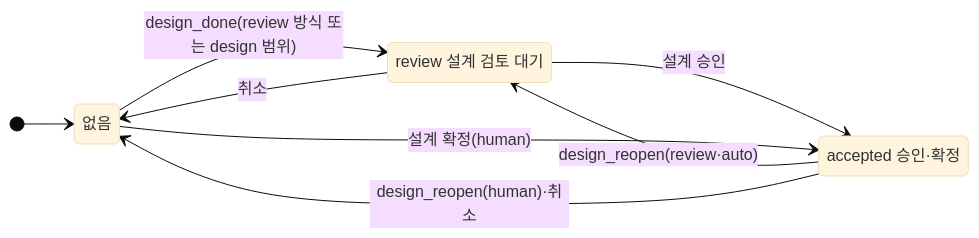
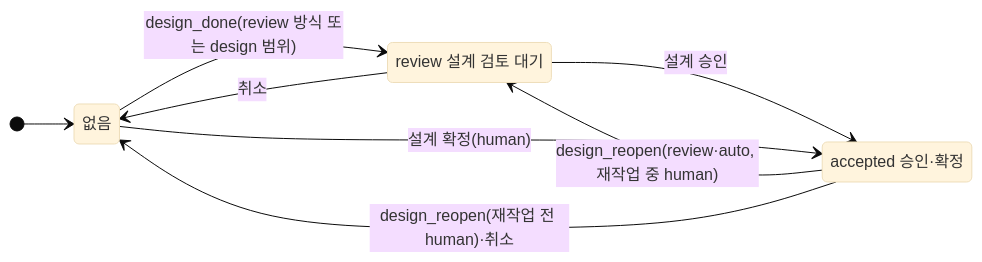
One commit to donseok/wbs-web changed the third of 3 diagrams in docs/superpowers/specs/2026-09-26-design-state-dev-auto-design.md. Above: the diagram before and after it, drawn with Mermaid (base theme). The commit also changed other lines of this file, not shown here.

````diff
--- a/docs/superpowers/specs/2026-09-26-design-state-dev-auto-design.md
+++ b/docs/superpowers/specs/2026-09-26-design-state-dev-auto-design.md
@@ -158,14 +163,14 @@
 ```mermaid
 stateDiagram-v2
     direction LR
     none: 없음
     review: review 설계 검토 대기
     accepted: accepted 승인·확정
     [*] --> none
     none --> review: design_done(review 방식 또는 design 범위)
     review --> accepted: 설계 승인
     none --> accepted: 설계 확정(human)
-    accepted --> review: design_reopen(review·auto)
-    accepted --> none: design_reopen(human)·취소
+    accepted --> review: design_reopen(review·auto, 재작업 중 human)
+    accepted --> none: design_reopen(재작업 전 human)·취소
     review --> none: 취소
 ```
````
